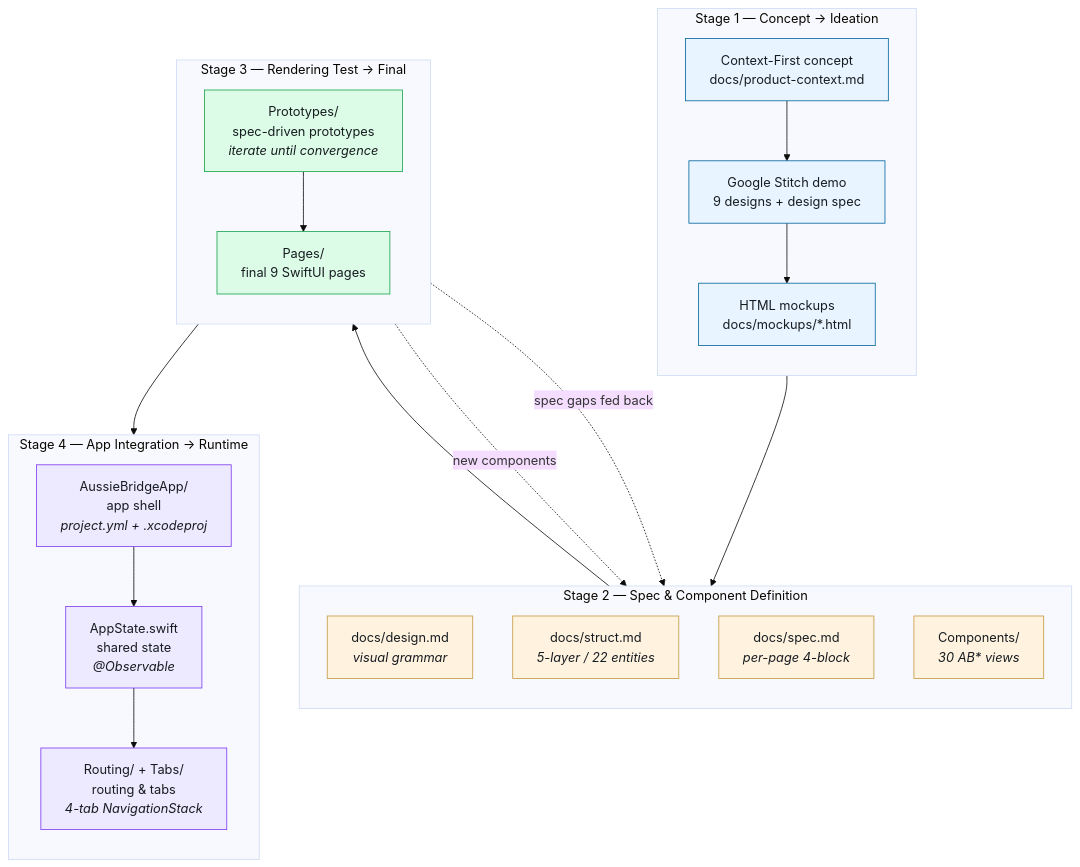
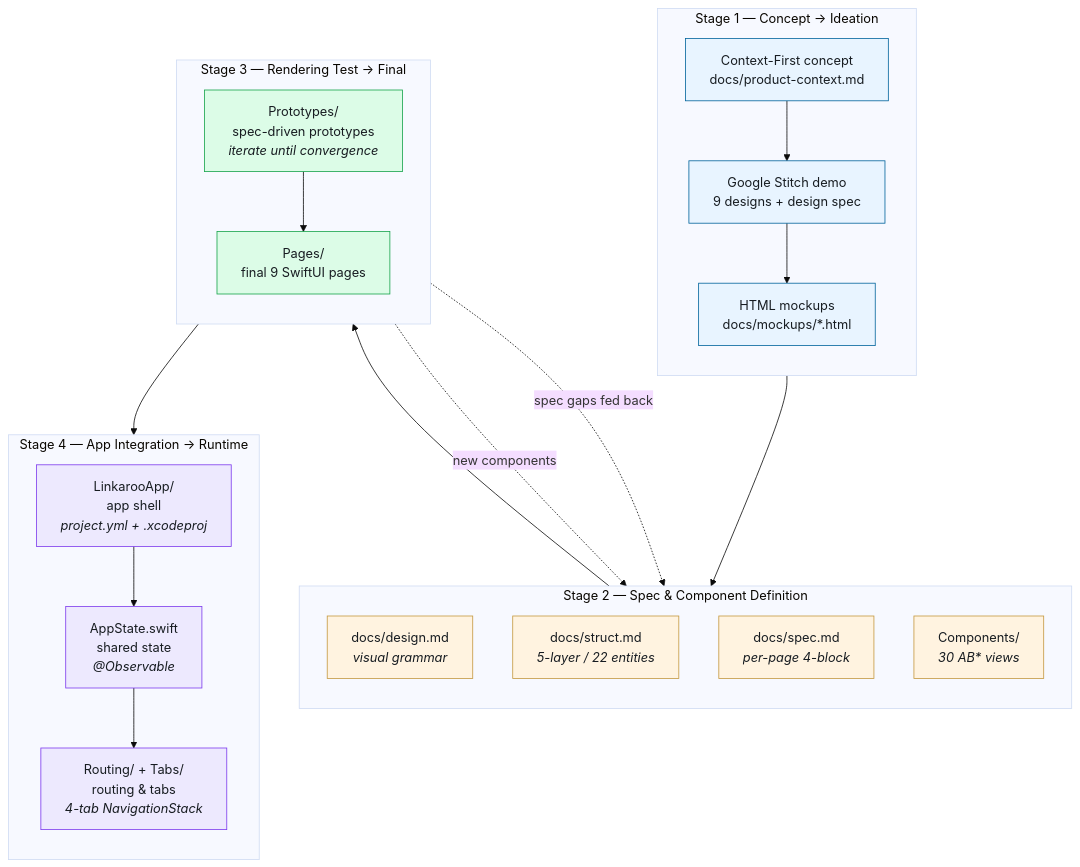
One commit to hancyhxy/linkaroo changed the diagram in README.md. Above: the diagram before and after it, drawn with Mermaid (base theme). The commit also changed other lines of this file and 45 other files, not shown here.

First line of the commit message:
chore: rename product AussieBridge -> Linkaroo across the repo

````diff
--- a/README.md
+++ b/README.md
@@ -170,52 +170,52 @@
 ```mermaid
 flowchart TD
     subgraph S1 ["Stage 1 — Concept → Ideation"]
         direction TB
         A1["Context-First concept<br/>docs/product-context.md"]
         A2["Google Stitch demo<br/>9 designs + design spec"]
         A3["HTML mockups<br/>docs/mockups/*.html"]
         A1 --> A2 --> A3
     end
 
     subgraph S2 ["Stage 2 — Spec &amp; Component Definition"]
         direction TB
         B1["docs/design.md<br/><i>visual grammar</i>"]
         B2["docs/struct.md<br/><i>5-layer / 22 entities</i>"]
         B3["docs/spec.md<br/><i>per-page 4-block</i>"]
         B4["Components/<br/><i>30 AB* views</i>"]
     end
 
     subgraph S3 ["Stage 3 — Rendering Test → Final"]
         direction TB
         C1["Prototypes/<br/>spec-driven prototypes<br/><i>iterate until convergence</i>"]
         C2["Pages/<br/>final 9 SwiftUI pages"]
         C1 --> C2
     end
 
     subgraph S4 ["Stage 4 — App Integration → Runtime"]
         direction TB
-        D1["AussieBridgeApp/<br/>app shell<br/><i>project.yml + .xcodeproj</i>"]
+        D1["LinkarooApp/<br/>app shell<br/><i>project.yml + .xcodeproj</i>"]
         D2["AppState.swift<br/>shared state<br/><i>@Observable</i>"]
         D3["Routing/ + Tabs/<br/>routing &amp; tabs<br/><i>4-tab NavigationStack</i>"]
         D1 --> D2 --> D3
     end
 
     S1 --> S2
     S2 --> S3
     S3 --> S4
     C1 -.->|spec gaps fed back| B3
     C1 -.->|new components| B4
 
     style A1 fill:#e8f4ff,stroke:#00639b,color:#171c21
     style A2 fill:#e8f4ff,stroke:#00639b,color:#171c21
     style A3 fill:#e8f4ff,stroke:#00639b,color:#171c21
     style B1 fill:#fff3e0,stroke:#c4983f,color:#171c21
     style B2 fill:#fff3e0,stroke:#c4983f,color:#171c21
     style B3 fill:#fff3e0,stroke:#c4983f,color:#171c21
     style B4 fill:#fff3e0,stroke:#c4983f,color:#171c21
     style C1 fill:#dcfce7,stroke:#16a34a,color:#171c21
     style C2 fill:#dcfce7,stroke:#16a34a,color:#171c21
     style D1 fill:#ede9fe,stroke:#7c3aed,color:#171c21
     style D2 fill:#ede9fe,stroke:#7c3aed,color:#171c21
     style D3 fill:#ede9fe,stroke:#7c3aed,color:#171c21
 ```
````
